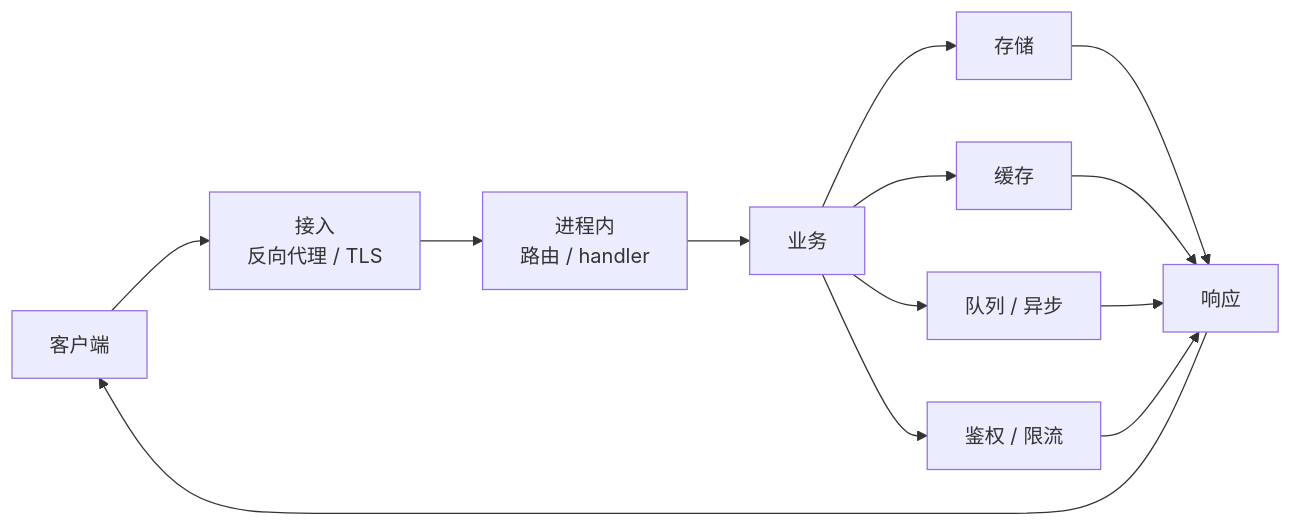
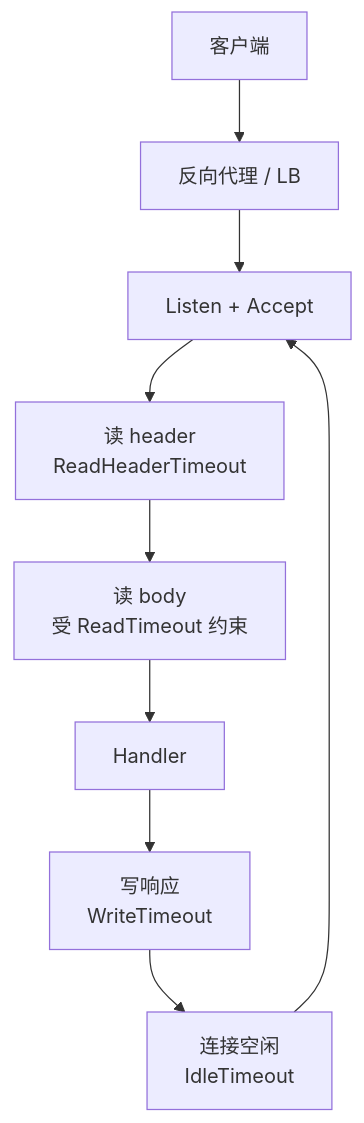
Before and after one commit to Duang777/duangblog: the first of 2 diagrams in src/content/posts/request-crossing.md, drawn with Mermaid. The commit also changed other lines of this file and 3 other files, not shown here.

````diff
--- a/src/content/posts/request-crossing.md
+++ b/src/content/posts/request-crossing.md
@@ -31,15 +22,11 @@
 ```mermaid
-flowchart LR
-  client["客户端"] --> edge["接入<br/>反向代理 / TLS"]
-  edge --> proc["进程内<br/>路由 / handler"]
-  proc --> biz["业务"]
-  biz --> store["存储"]
-  biz --> cache["缓存"]
-  biz --> queue["队列 / 异步"]
-  biz --> auth["鉴权 / 限流"]
-  store --> out["响应"]
-  cache --> out
-  queue --> out
-  auth --> out
-  out --> client
+flowchart TB
+  client["客户端"] --> proxy["反向代理 / LB"]
+  proxy --> accept["Listen + Accept"]
+  accept --> readh["读 header<br/>ReadHeaderTimeout"]
+  readh --> readb["读 body<br/>受 ReadTimeout 约束"]
+  readb --> handler["Handler"]
+  handler --> write["写响应<br/>WriteTimeout"]
+  write --> idle["连接空闲<br/>IdleTimeout"]
+  idle --> accept
 ```
````
